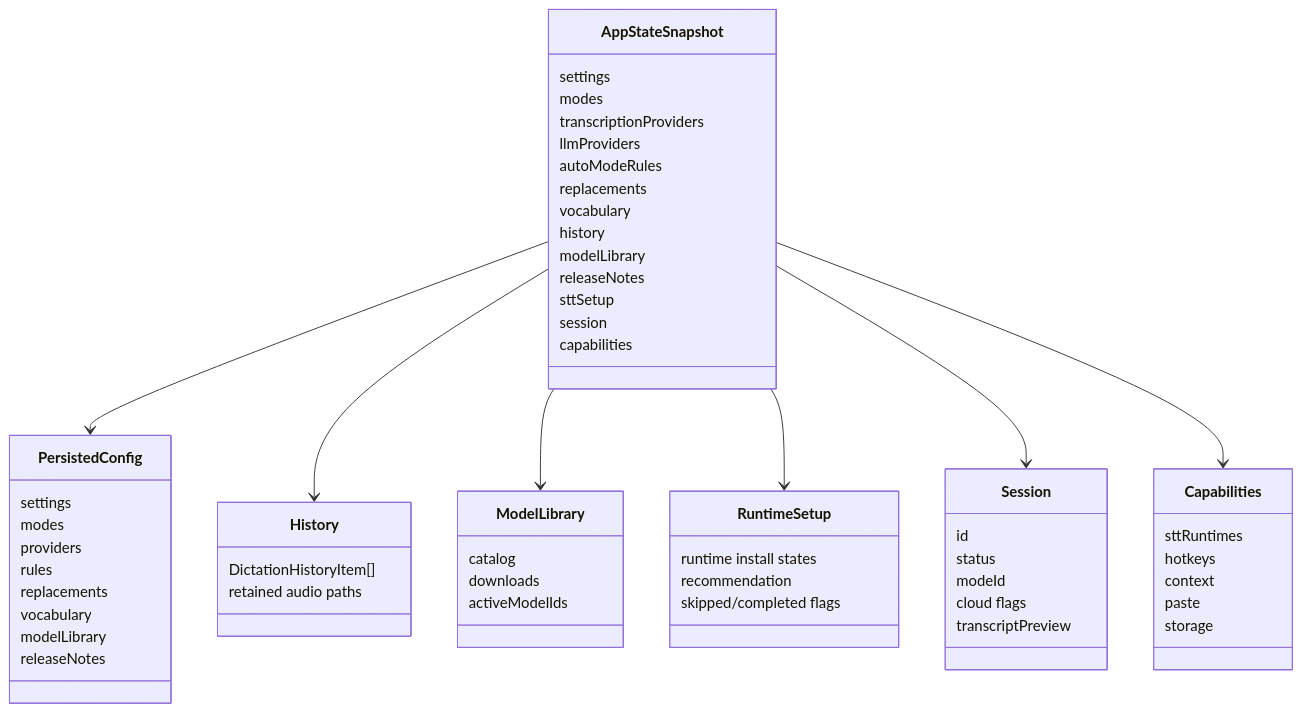
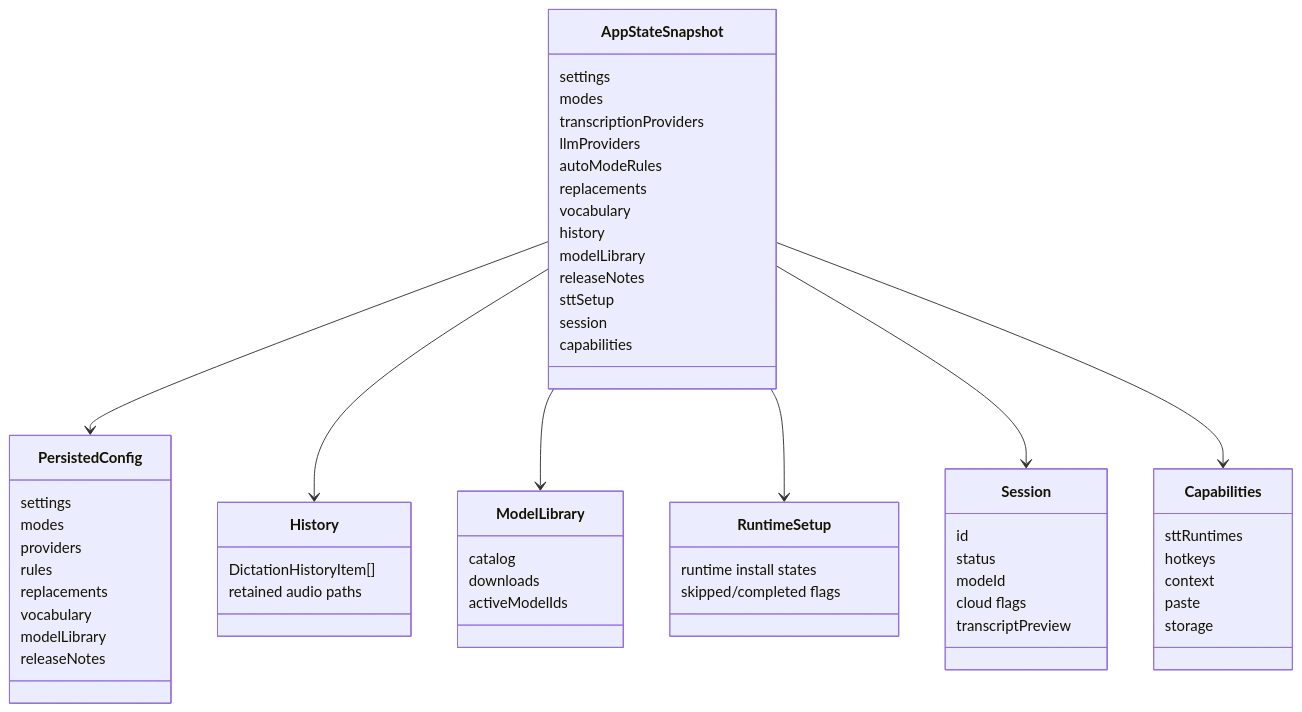
Before and after one commit to strxnd/murmur: the diagram in docs/architecture/state-and-storage.md, drawn with Mermaid. The commit also changed 32 other files, not shown here.

````diff
--- a/docs/architecture/state-and-storage.md
+++ b/docs/architecture/state-and-storage.md
@@ -5,69 +5,68 @@
 ```mermaid
 classDiagram
   class AppStateSnapshot {
     settings
     modes
     transcriptionProviders
     llmProviders
     autoModeRules
     replacements
     vocabulary
     history
     modelLibrary
     releaseNotes
     sttSetup
     session
     capabilities
   }
 
   class PersistedConfig {
     settings
     modes
     providers
     rules
     replacements
     vocabulary
     modelLibrary
     releaseNotes
   }
 
   class History {
     DictationHistoryItem[]
     retained audio paths
   }
 
   class ModelLibrary {
     catalog
     downloads
     activeModelIds
   }
 
   class RuntimeSetup {
     runtime install states
-    recommendation
     skipped/completed flags
   }
 
   class Session {
     id
     status
     modeId
     cloud flags
     transcriptPreview
   }
 
   class Capabilities {
     sttRuntimes
     hotkeys
     context
     paste
     storage
   }
 
   AppStateSnapshot --> PersistedConfig
   AppStateSnapshot --> History
   AppStateSnapshot --> ModelLibrary
   AppStateSnapshot --> RuntimeSetup
   AppStateSnapshot --> Session
   AppStateSnapshot --> Capabilities
 ```
````
